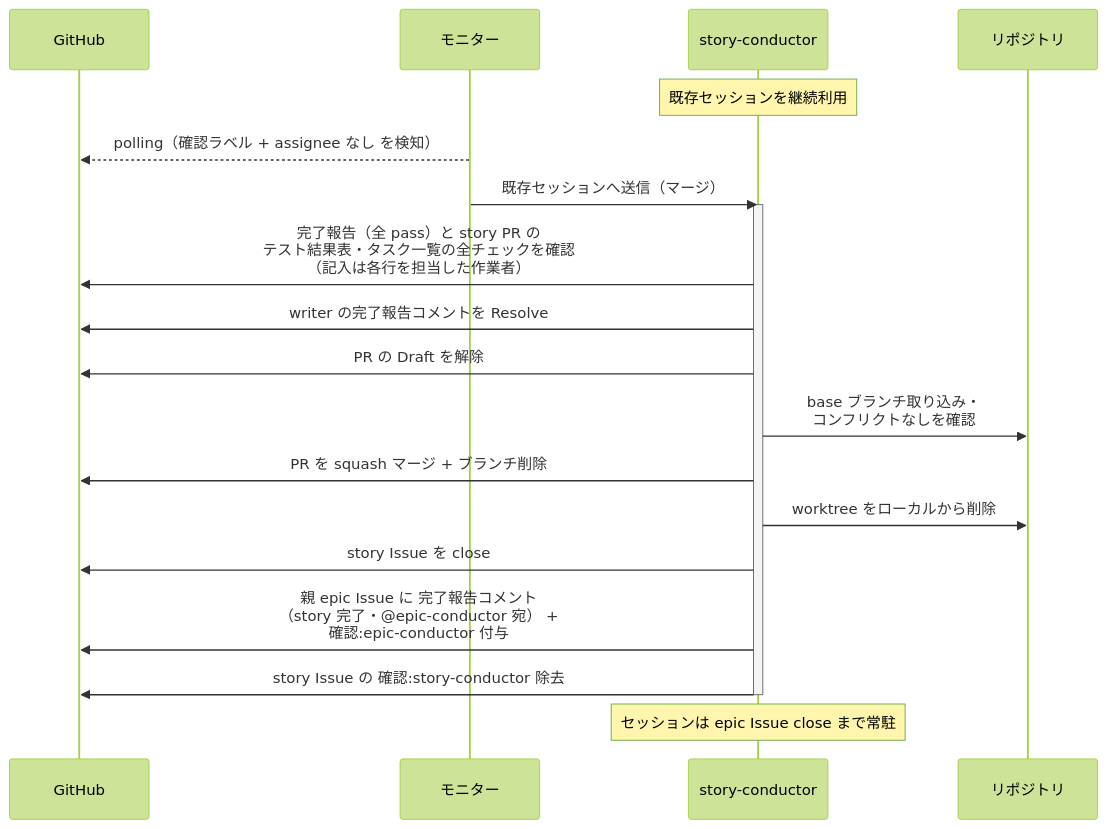
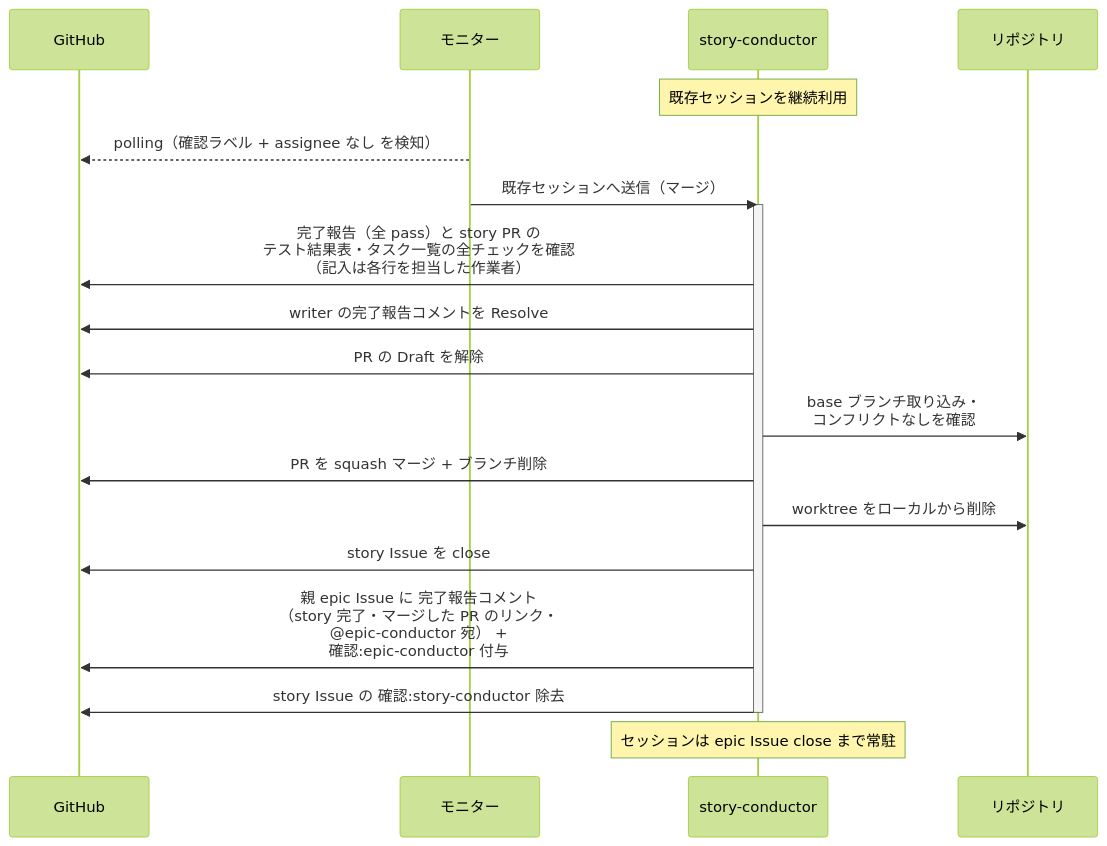
One commit to shuhei1101/ai-monitor changed the second of 6 diagrams in docs/wiki/設計図/シナリオ/単一ユースケース/マージ.md. Above: the diagram before and after it, drawn with Mermaid (forest theme). The commit also changed other lines of this file and 9 other files, not shown here.

````diff
--- a/docs/wiki/設計図/シナリオ/単一ユースケース/マージ.md
+++ b/docs/wiki/設計図/シナリオ/単一ユースケース/マージ.md
@@ -74,23 +75,23 @@
 ```mermaid
 sequenceDiagram
   participant GH as GitHub
   participant ORC as モニター
   participant MON as story-conductor
   participant REPO as リポジトリ
 
   Note over MON: 既存セッションを継続利用
   ORC-->>GH: polling（確認ラベル + assignee なし を検知）
   ORC->>MON: 既存セッションへ送信（マージ）
   activate MON
   MON->>GH: 完了報告（全 pass）と story PR の<br>テスト結果表・タスク一覧の全チェックを確認<br>（記入は各行を担当した作業者）
   MON->>GH: writer の完了報告コメントを Resolve
   MON->>GH: PR の Draft を解除
   MON->>REPO: base ブランチ取り込み・<br>コンフリクトなしを確認
   MON->>GH: PR を squash マージ + ブランチ削除
   MON->>REPO: worktree をローカルから削除
   MON->>GH: story Issue を close
-  MON->>GH: 親 epic Issue に 完了報告コメント<br>（story 完了・@epic-conductor 宛） +<br>確認:epic-conductor 付与
+  MON->>GH: 親 epic Issue に 完了報告コメント<br>（story 完了・マージした PR のリンク・<br>@epic-conductor 宛） +<br>確認:epic-conductor 付与
   MON->>GH: story Issue の 確認:story-conductor 除去
   deactivate MON
   Note over MON: セッションは epic Issue close まで常駐
 ```
````
